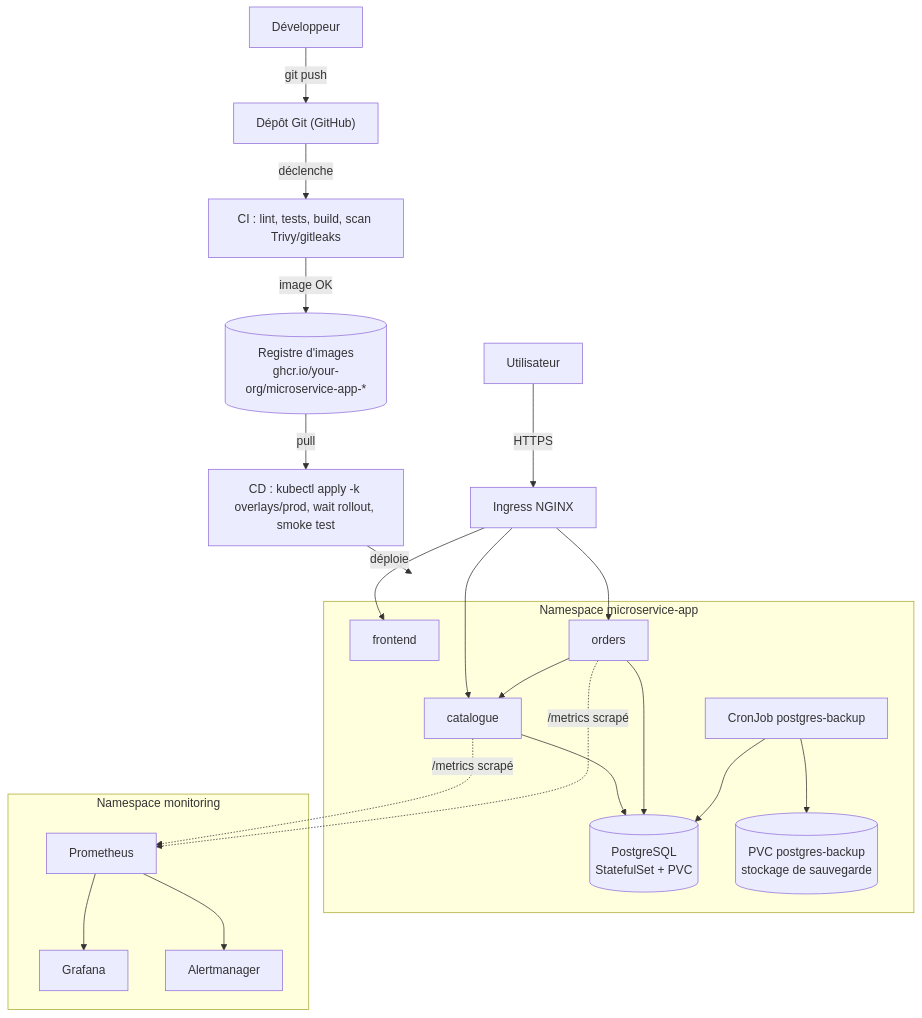
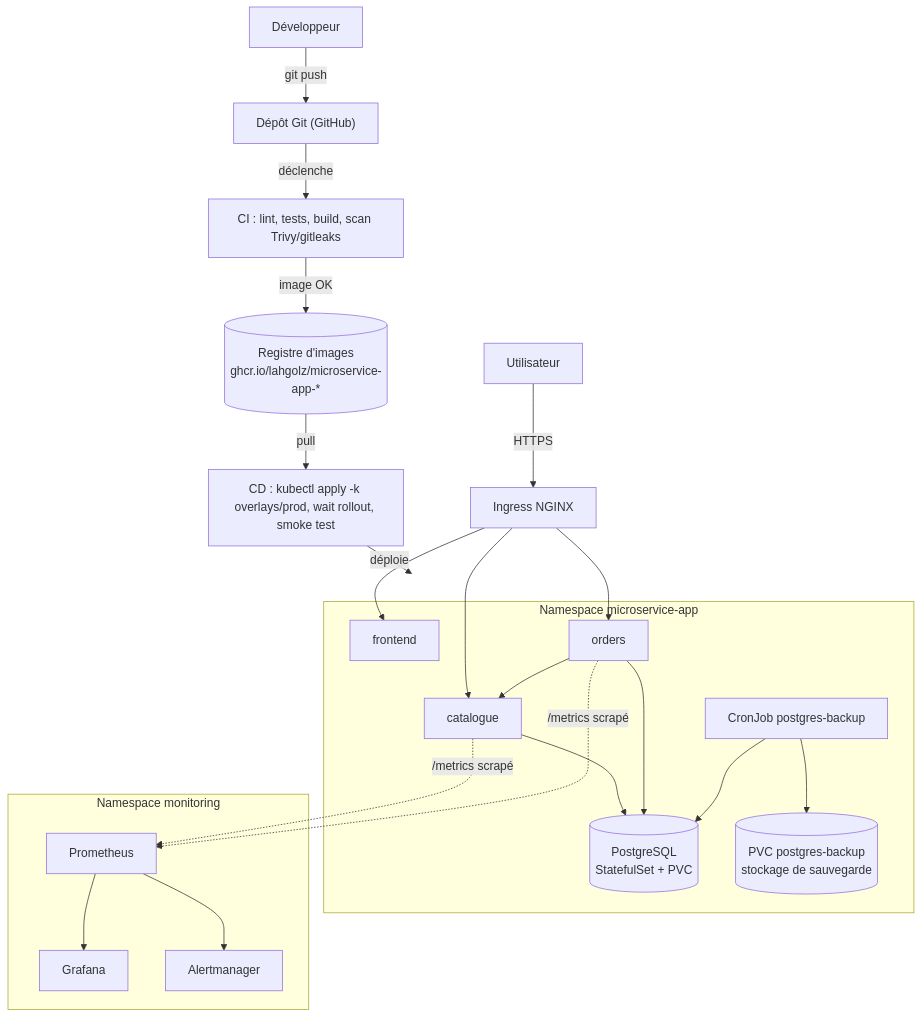
The second of 2 diagrams in docs/architecture.md (lahgolz/projet-final-clusteurisation), drawn with Mermaid before and after one commit. The commit also changed other lines of this file and 24 other files, not shown here.

````diff
--- a/docs/architecture.md
+++ b/docs/architecture.md
@@ -53,39 +52,39 @@
 ```mermaid
 flowchart TD
     Dev["Développeur"] -->|git push| Repo["Dépôt Git (GitHub)"]
     Repo -->|déclenche| CI["CI : lint, tests, build, scan Trivy/gitleaks"]
-    CI -->|image OK| Registry[("Registre d'images\nghcr.io/your-org/microservice-app-*")]
+    CI -->|image OK| Registry[("Registre d'images\nghcr.io/lahgolz/microservice-app-*")]
     Registry -->|pull| CD["CD : kubectl apply -k overlays/prod, wait rollout, smoke test"]
 
     User["Utilisateur"] -->|HTTPS| Ingress["Ingress NGINX"]
 
     subgraph NS["Namespace microservice-app"]
         FE["frontend"]
         CAT["catalogue"]
         ORD["orders"]
         PG[("PostgreSQL\nStatefulSet + PVC")]
         BK["CronJob postgres-backup"]
         BKPVC[("PVC postgres-backup\nstockage de sauvegarde")]
     end
 
     subgraph MON["Namespace monitoring"]
         Prom["Prometheus"]
         Graf["Grafana"]
         AM["Alertmanager"]
     end
 
     CD -->|déploie| NS
     Ingress --> FE
     Ingress --> CAT
     Ingress --> ORD
     ORD --> CAT
     CAT --> PG
     ORD --> PG
     BK --> PG
     BK --> BKPVC
 
     CAT -.->|/metrics scrapé| Prom
     ORD -.->|/metrics scrapé| Prom
     Prom --> Graf
     Prom --> AM
 ```
````
